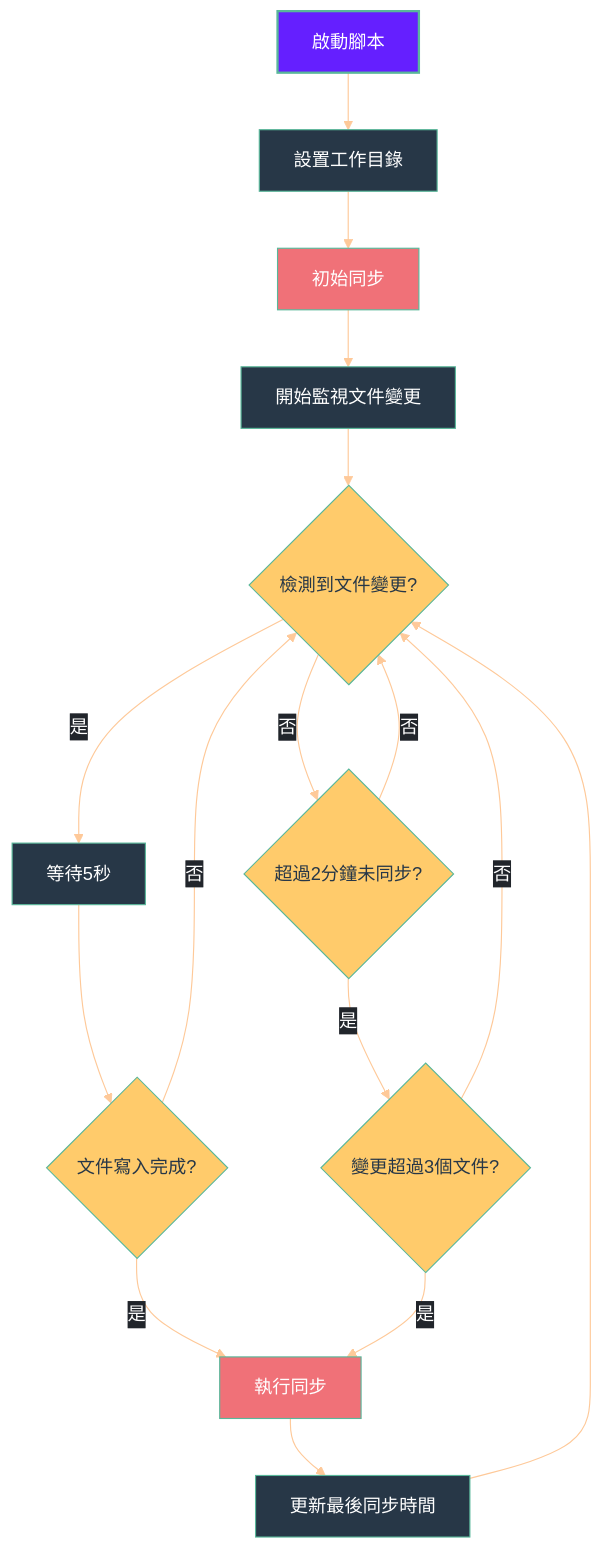
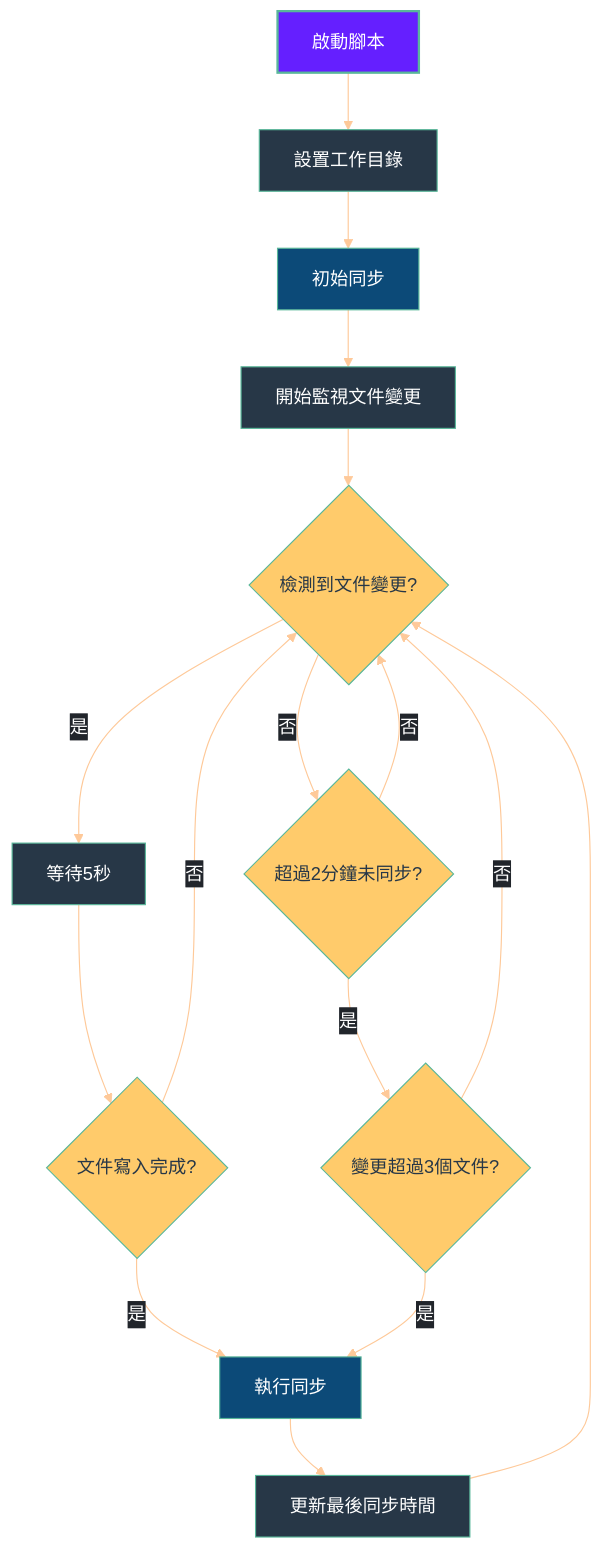
One commit to GengGeng026/Sync-Logseq changed the second of 2 diagrams in Logseq同步方案演進記錄.md. Above: the diagram before and after it, drawn with Mermaid.

Commit message:
Auto saved by Logseq

````diff
--- a/Logseq同步方案演進記錄.md
+++ b/Logseq同步方案演進記錄.md
@@ -375,53 +375,53 @@
 ```mermaid
 %%{init: {
   'theme': 'base', 
   'themeVariables': {
     'primaryColor': '#19E9D9',
     'primaryTextColor': '#FFFFFF',
     'primaryBorderColor': '#59B79A',
     'lineColor': '#FEC999',
     'secondaryColor': '#FFCB6B',
     'tertiaryColor': '#F07178',
     'background': 'transparent',
     'textColor': '#EEFFFF',
     'mainBkg': '#273747',
     'nodeBorder': '#59B79A',
     'clusterBkg': 'transparent',
     'edgeLabelBackground': '#21252B'
   },
   'flowchart': {
     'curve': 'basis',
     'nodeSpacing': 50,
     'rankSpacing': 50,
     'padding': 15
   }
 }}%%
 flowchart TD
     %% 節點樣式優化
     classDef start fill:#651FFF,stroke:#59B79A,color:#FFFFFF,stroke-width:2px;
     classDef process fill:#19E9D,stroke:#59B79A,color:#FFFFFF,stroke-width:1px;
     classDef condition fill:#FFCB6B,stroke:#59B79A,color:#273747,stroke-width:1px,shape:diamond;
-    classDef action fill:#F07178,stroke:#59B79A,color:#FFFFFF,stroke-width:1px;
+    classDef action fill:#0C4A78,stroke:#59B79A,color:#FFFFFF,stroke-width:1px;
     
     A[啟動腳本] --> B[設置工作目錄]
     B --> C[初始同步]
     C --> D[開始監視文件變更]
     D --> E{檢測到文件變更?}
     E -->|是| F[等待5秒]
     F --> G{文件寫入完成?}
     G -->|是| H[執行同步]
     G -->|否| E
     E -->|否| I{超過2分鐘未同步?}
     I -->|是| J{變更超過3個文件?}
     J -->|是| H
     J -->|否| E
     I -->|否| E
     H --> K[更新最後同步時間]
     K --> E
     
     %% 應用樣式
     class A start;
     class B,D,F,K process;
     class C,H action;
     class E,G,I,J condition;
 ```
````
